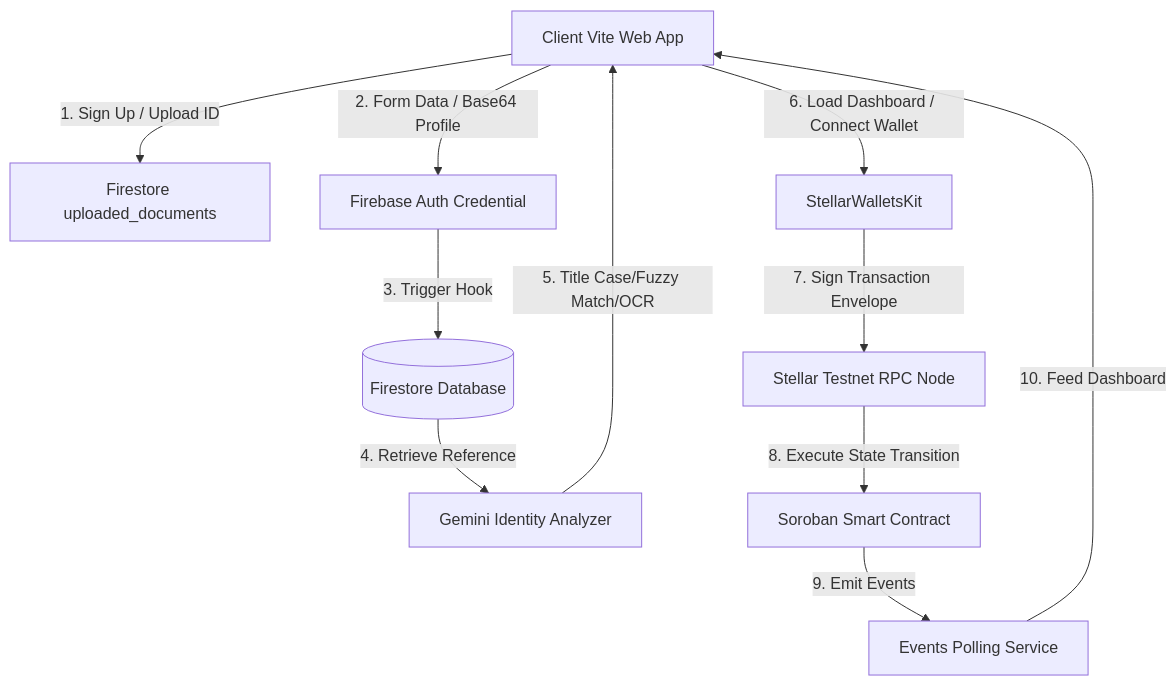
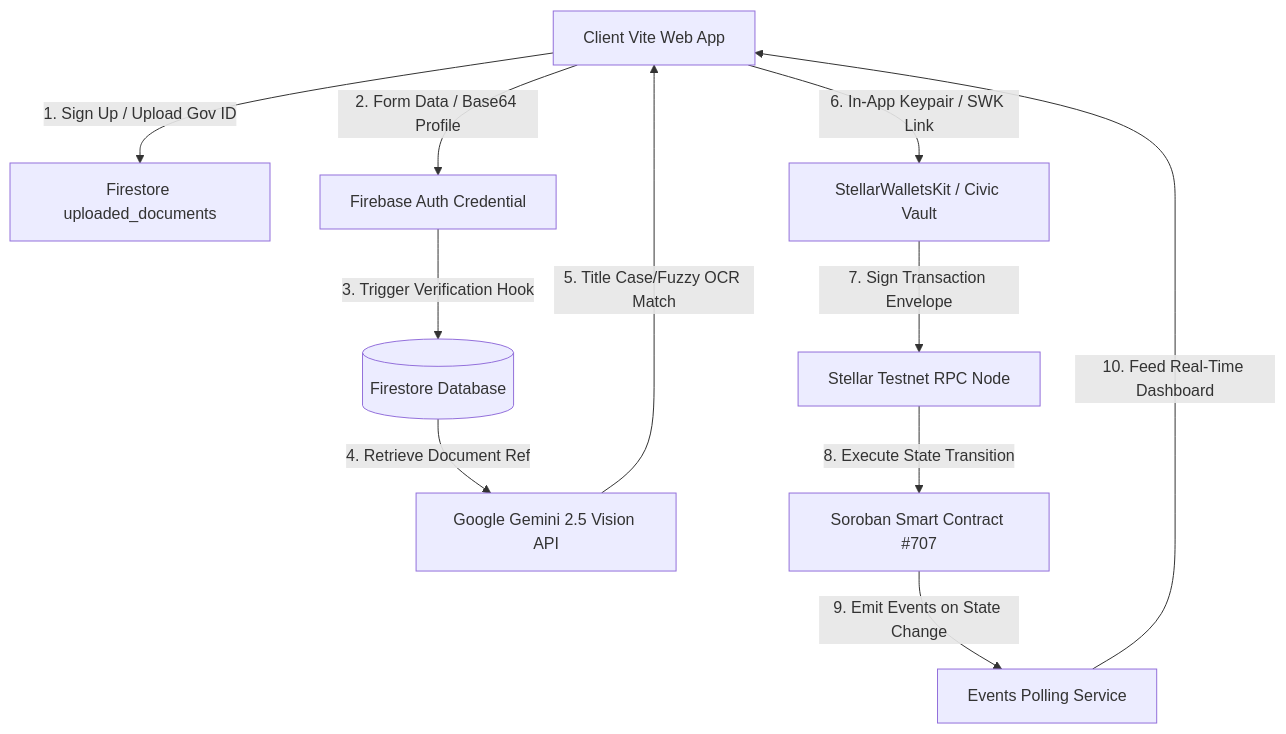
Before and after one commit to FWDP/barangay-bond: the first of 3 diagrams in README.md, drawn with Mermaid. The commit also changed other lines of this file, not shown here.

````diff
--- a/README.md
+++ b/README.md
@@ -126,13 +131,13 @@
 ```mermaid
 graph TD
-    Browser[Client Vite Web App] -->|1. Sign Up / Upload ID| FirebaseStorage[Firestore uploaded_documents]
+    Browser[Client Vite Web App] -->|1. Sign Up / Upload Gov ID| FirebaseStorage[Firestore uploaded_documents]
     Browser -->|2. Form Data / Base64 Profile| FirebaseAuth[Firebase Auth Credential]
-    FirebaseAuth -->|3. Trigger Hook| FirestoreDB[(Firestore Database)]
-    FirestoreDB -->|4. Retrieve Reference| GeminiAI[Gemini Identity Analyzer]
-    GeminiAI -->|5. Title Case/Fuzzy Match/OCR| Browser
-    Browser -->|6. Load Dashboard / Connect Wallet| SWK[StellarWalletsKit]
+    FirebaseAuth -->|3. Trigger Verification Hook| FirestoreDB[(Firestore Database)]
+    FirestoreDB -->|4. Retrieve Document Ref| GeminiAI[Google Gemini 2.5 Vision API]
+    GeminiAI -->|5. Title Case/Fuzzy OCR Match| Browser
+    Browser -->|6. In-App Keypair / SWK Link| SWK[StellarWalletsKit / Civic Vault]
     SWK -->|7. Sign Transaction Envelope| RPC[Stellar Testnet RPC Node]
-    RPC -->|8. Execute State Transition| Soroban[Soroban Smart Contract]
-    Soroban -->|9. Emit Events| EventPoll[Events Polling Service]
-    EventPoll -->|10. Feed Dashboard| Browser
+    RPC -->|8. Execute State Transition| Soroban[Soroban Smart Contract #707]
+    Soroban -->|9. Emit Events on State Change| EventPoll[Events Polling Service]
+    EventPoll -->|10. Feed Real-Time Dashboard| Browser
 ```
````
